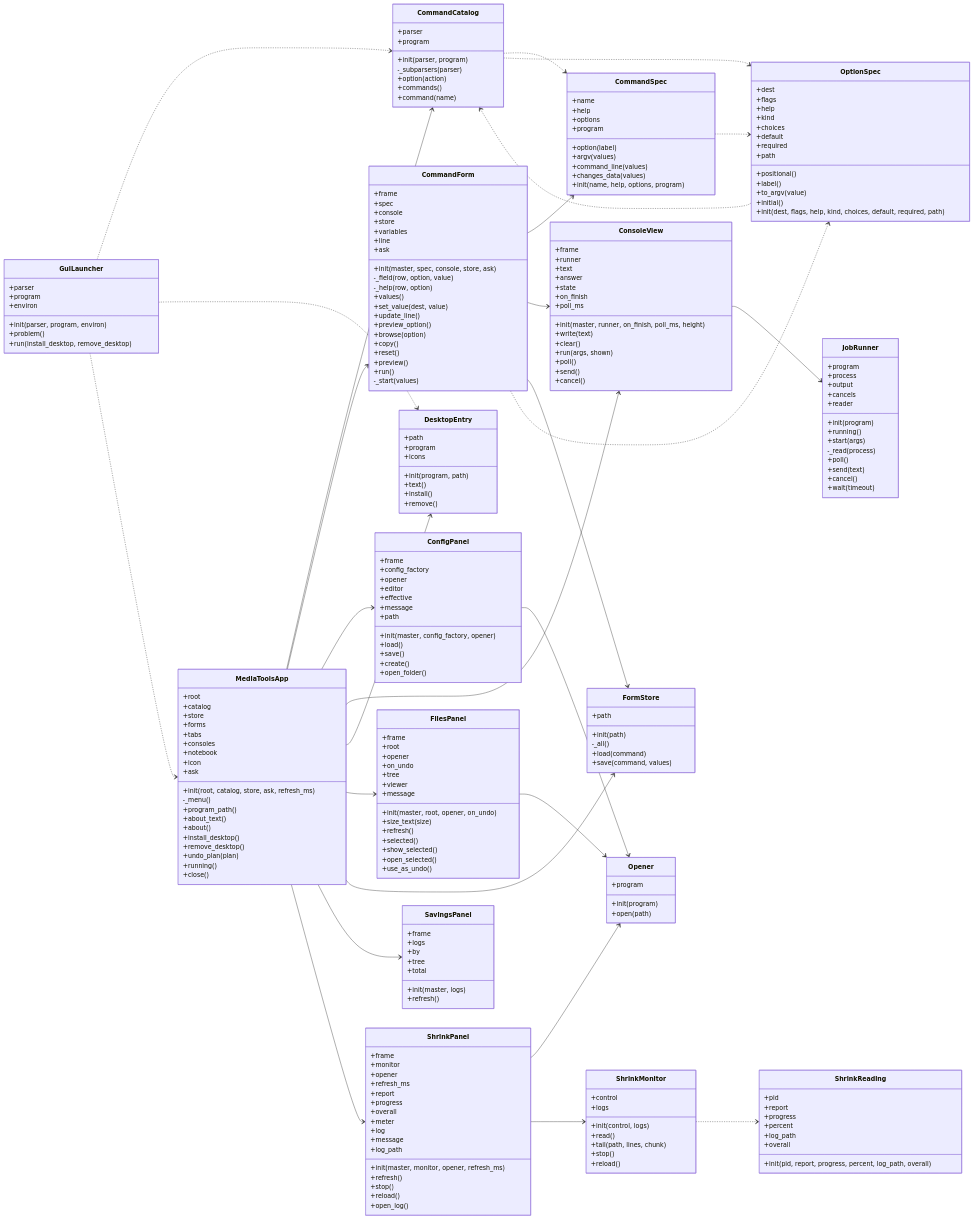
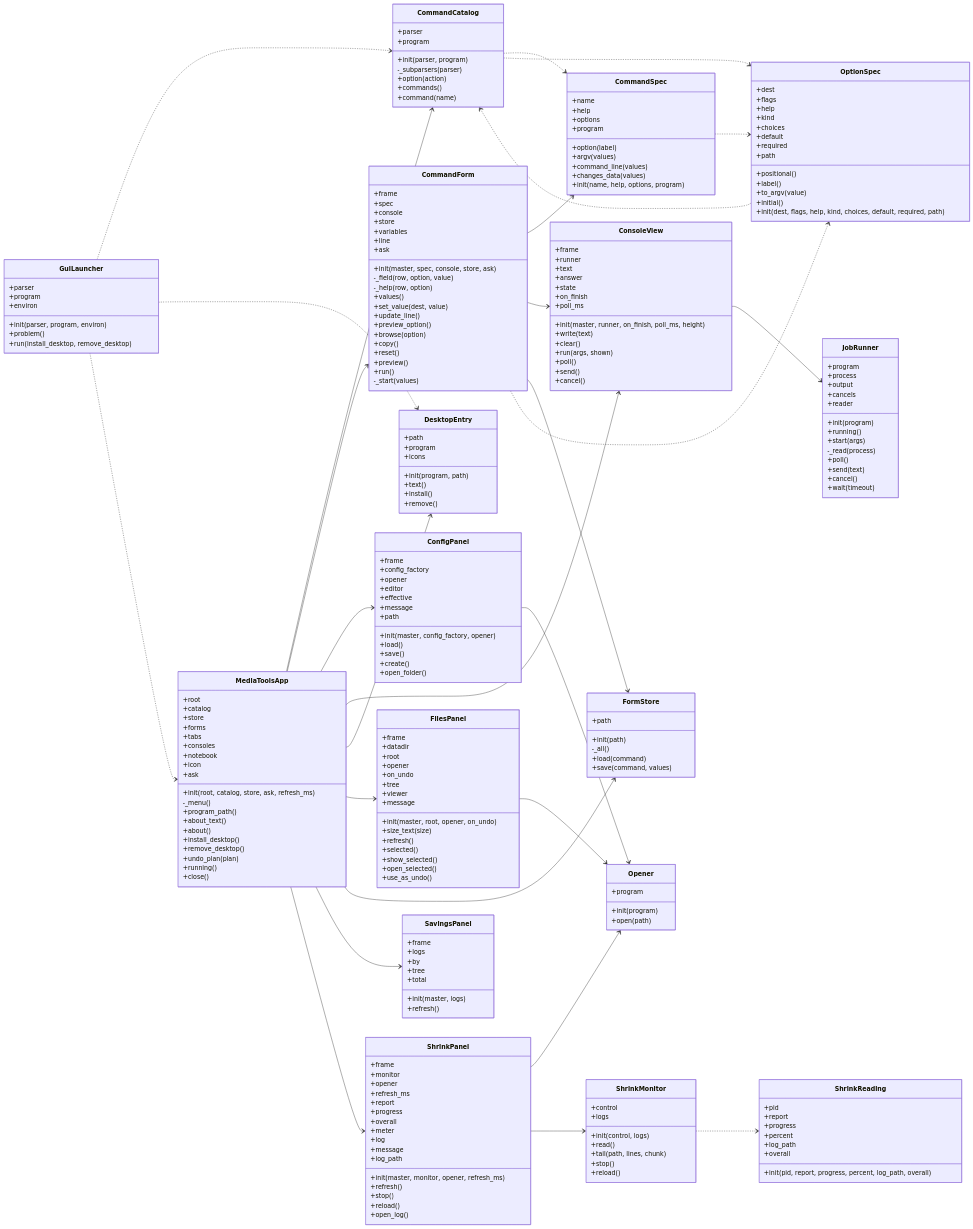
One commit to peddanet/mediatools changed the diagram in docs/img/uml_gui.mmd. Above: the diagram before and after it, drawn with Mermaid. The commit also changed 31 other files, not shown here.

```diff
--- a/docs/img/uml_gui.mmd
+++ b/docs/img/uml_gui.mmd
@@ -104,6 +104,7 @@
   }
   class FilesPanel {
     +frame
+    +datadir
     +root
     +opener
     +on_undo
```
